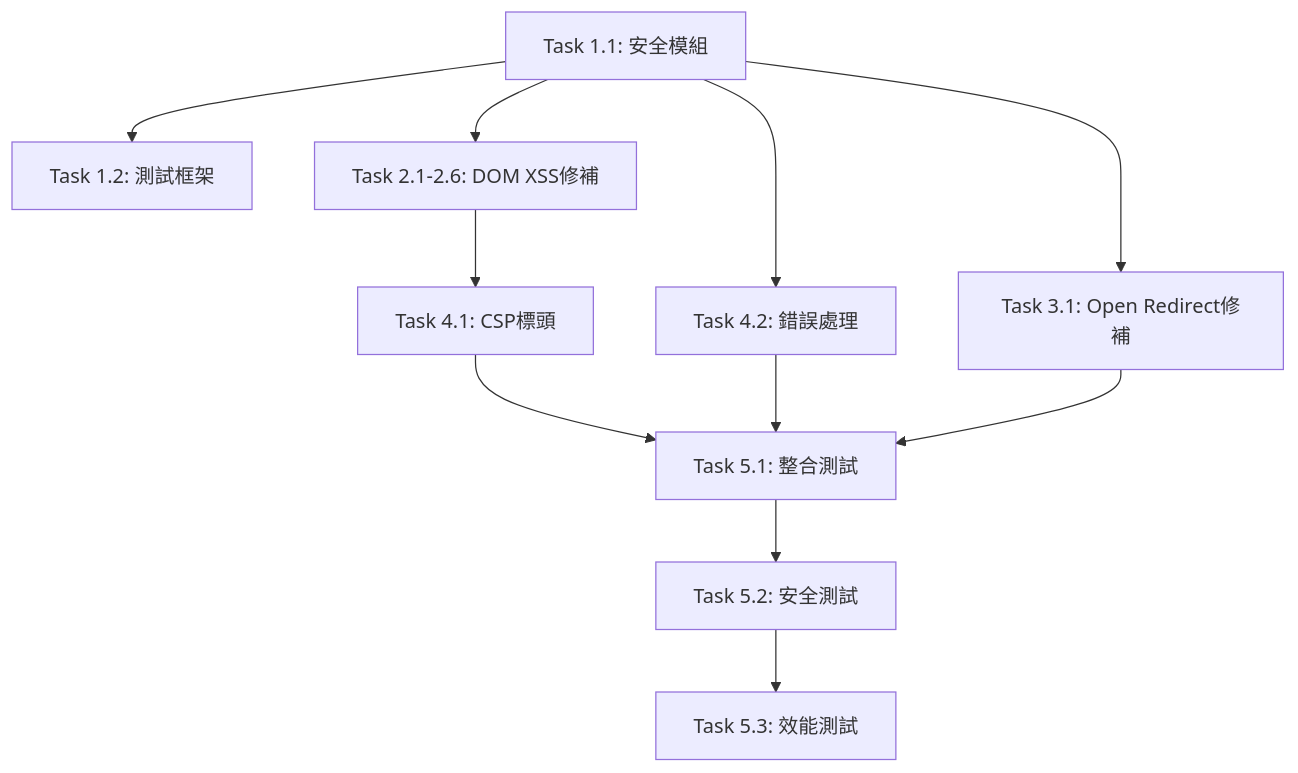
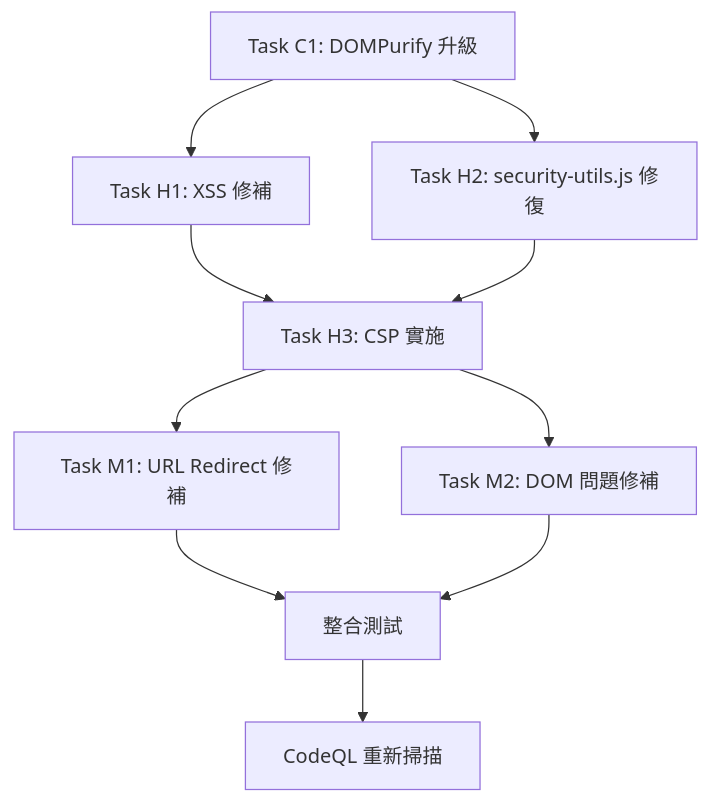
One commit to moda-gov-tw/DB-Card changed the diagram in doc/弱點修補任務清單.md. Above: the diagram before and after it, drawn with Mermaid. The commit also changed other lines of this file and 50 other files, not shown here.

````diff
--- a/doc/弱點修補任務清單.md
+++ b/doc/弱點修補任務清單.md
@@ -173,13 +90,12 @@
 ```mermaid
 graph TD
-    A[Task 1.1: 安全模組] --> B[Task 1.2: 測試框架]
-    A --> C[Task 2.1-2.6: DOM XSS修補]
-    A --> D[Task 3.1: Open Redirect修補]
-    C --> E[Task 4.1: CSP標頭]
-    A --> F[Task 4.2: 錯誤處理]
-    E --> G[Task 5.1: 整合測試]
+    A[Task C1: DOMPurify 升級] --> B[Task H1: XSS 修補]
+    A --> C[Task H2: security-utils.js 修復]
+    B --> D[Task H3: CSP 實施]
+    C --> D
+    D --> E[Task M1: URL Redirect 修補]
+    D --> F[Task M2: DOM 問題修補]
+    E --> G[整合測試]
     F --> G
-    D --> G
-    G --> H[Task 5.2: 安全測試]
-    H --> I[Task 5.3: 效能測試]
+    G --> H[CodeQL 重新掃描]
 ```
````
